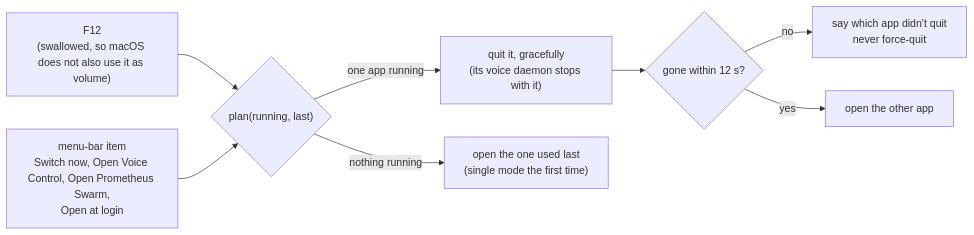
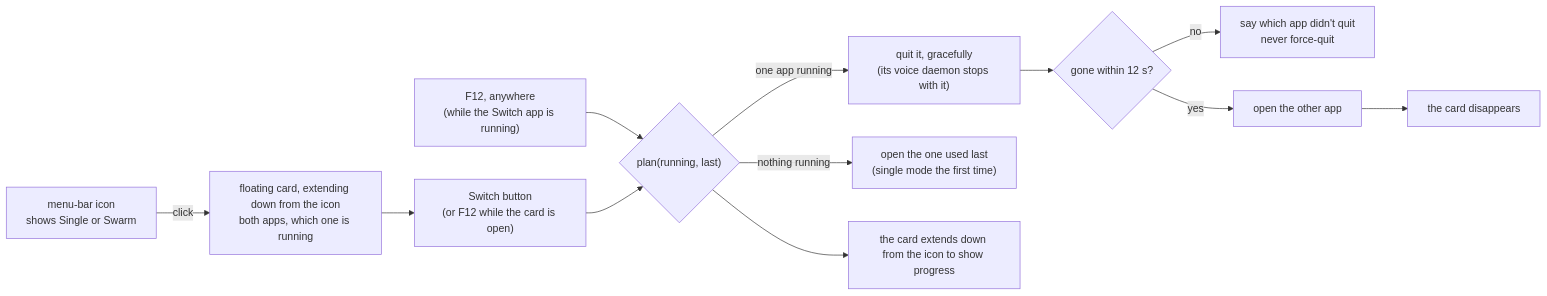
Diagram 13 of 17 in DESIGN.md (siddh30/prometheus-voice-control), drawn with Mermaid before and after one commit. The commit also changed other lines of this file and 6 other files, not shown here.

Commit message:
Prometheus Switch: F12 works anywhere while the app runs; the card extends down from the menu-bar icon (no pill) and shows progress; logging, headless --now mode, snapshots

````diff
--- a/DESIGN.md
+++ b/DESIGN.md
@@ -446,10 +447,14 @@
 ```mermaid
 flowchart LR
-    F12["F12<br/>(swallowed, so macOS does not also use it as volume)"] --> PLAN{"plan(running, last)"}
+    F12["F12, anywhere<br/>(while the Switch app is running)"] --> PLAN{"plan(running, last)"}
+    ICON["menu-bar icon<br/>shows Single or Swarm"] -- "click" --> CARD["floating card, extending down from the icon<br/>both apps, which one is running"]
+    CARD --> BTN["Switch button<br/>(or F12 while the card is open)"]
+    BTN --> PLAN
     PLAN -- "one app running" --> QUIT["quit it, gracefully<br/>(its voice daemon stops with it)"]
     QUIT --> WAIT{"gone within 12 s?"}
     WAIT -- no --> TELL["say which app didn't quit<br/>never force-quit"]
-    WAIT -- yes --> OPEN["open the other app"]
+    WAIT -- yes --> LAUNCH["open the other app"]
     PLAN -- "nothing running" --> LAST["open the one used last<br/>(single mode the first time)"]
-    MENU["menu-bar item<br/>Switch now, Open Voice Control, Open Prometheus Swarm,<br/>Open at login"] --> PLAN
+    PLAN --> SHOW["the card extends down from the icon to show progress"]
+    LAUNCH --> GONE["the card disappears"]
 ```
````
